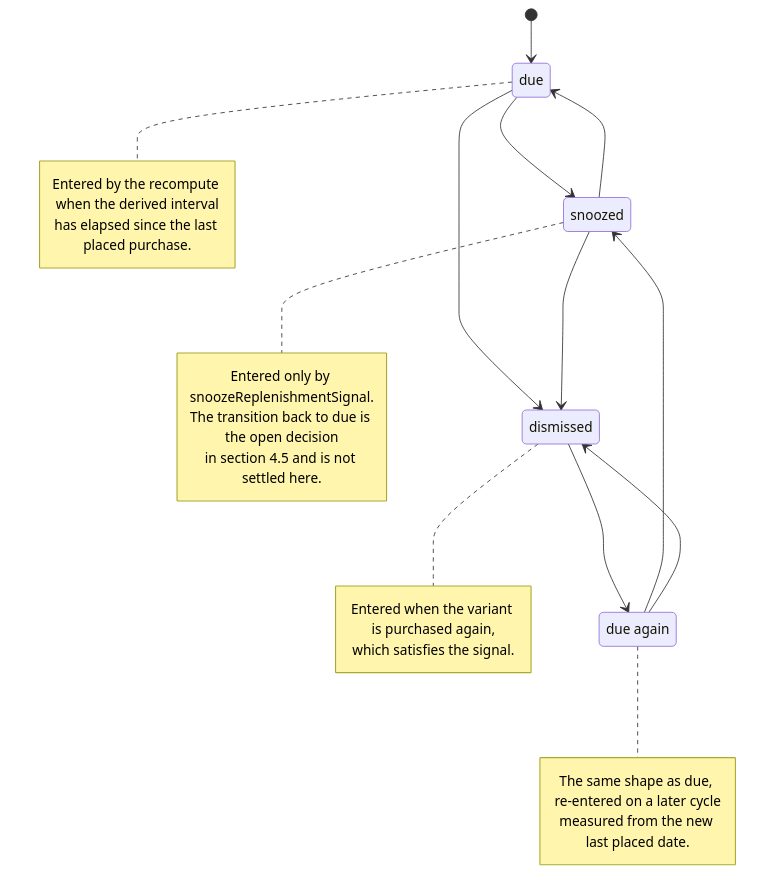
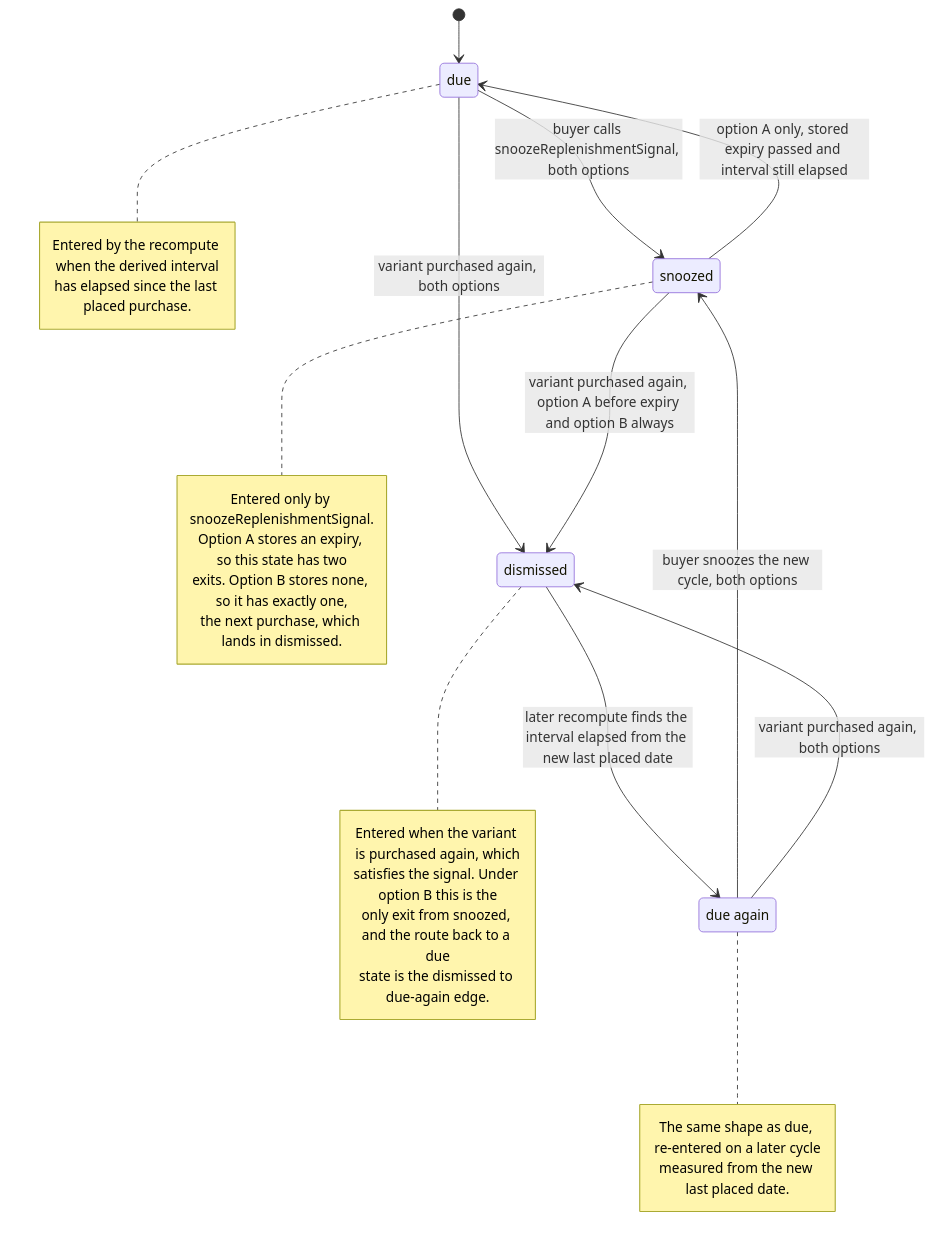
One commit to blitzy-public-samples/vendure changed the second of 2 diagrams in tickets/EPIC-001/FEATURE-001-05-purchase-cadence-and-replenishment.md. Above: the diagram before and after it, drawn with Mermaid. The commit also changed other lines of this file and 10 other files, not shown here.

````diff
--- a/tickets/EPIC-001/FEATURE-001-05-purchase-cadence-and-replenishment.md
+++ b/tickets/EPIC-001/FEATURE-001-05-purchase-cadence-and-replenishment.md
@@ -219,32 +482,35 @@
 ```mermaid
 stateDiagram-v2
     state "due" as due
     state "snoozed" as snoozed
     state "dismissed" as dismissed
     state "due again" as dueAgain
     [*] --> due
-    due --> snoozed
-    snoozed --> due
-    due --> dismissed
-    snoozed --> dismissed
-    dismissed --> dueAgain
-    dueAgain --> snoozed
-    dueAgain --> dismissed
+    due --> snoozed : buyer calls snoozeReplenishmentSignal, both options
+    snoozed --> due : option A only, stored expiry passed and interval still elapsed
+    due --> dismissed : variant purchased again, both options
+    snoozed --> dismissed : variant purchased again, option A before expiry and option B always
+    dismissed --> dueAgain : later recompute finds the interval elapsed from the new last placed date
+    dueAgain --> snoozed : buyer snoozes the new cycle, both options
+    dueAgain --> dismissed : variant purchased again, both options
     note right of due
         Entered by the recompute when the derived interval
         has elapsed since the last placed purchase.
     end note
     note right of snoozed
         Entered only by snoozeReplenishmentSignal.
-        The transition back to due is the open decision
-        in section 4.5 and is not settled here.
+        Option A stores an expiry, so this state has two
+        exits. Option B stores none, so it has exactly one,
+        the next purchase, which lands in dismissed.
     end note
     note right of dismissed
-        Entered when the variant is purchased again,
-        which satisfies the signal.
+        Entered when the variant is purchased again, which
+        satisfies the signal. Under option B this is the
+        only exit from snoozed, and the route back to a due
+        state is the dismissed to due-again edge.
     end note
     note right of dueAgain
         The same shape as due, re-entered on a later cycle
         measured from the new last placed date.
     end note
 ```
````
